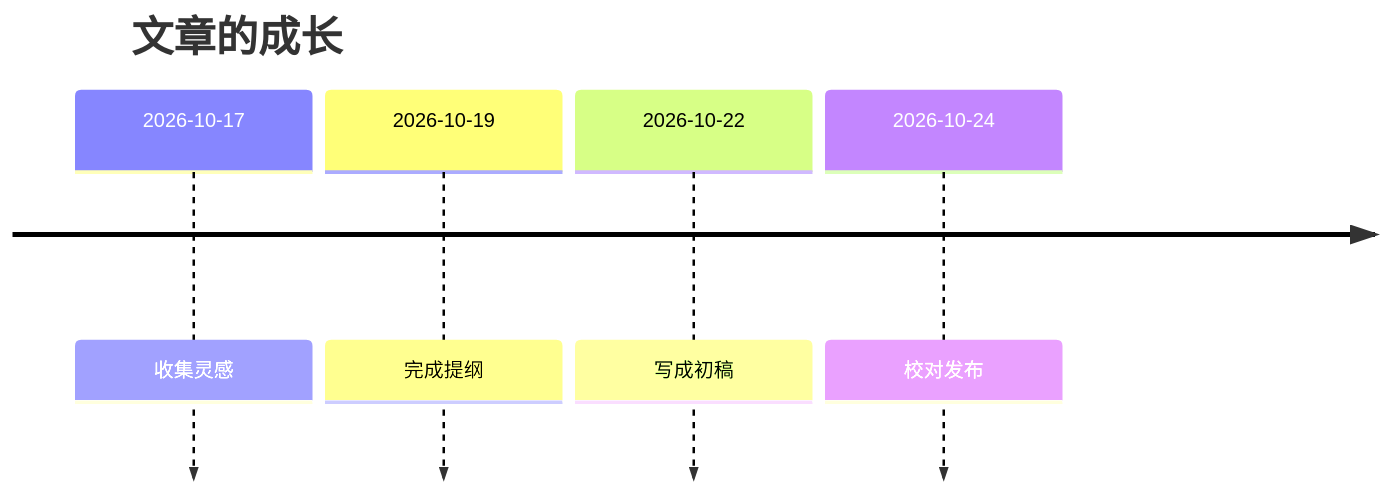
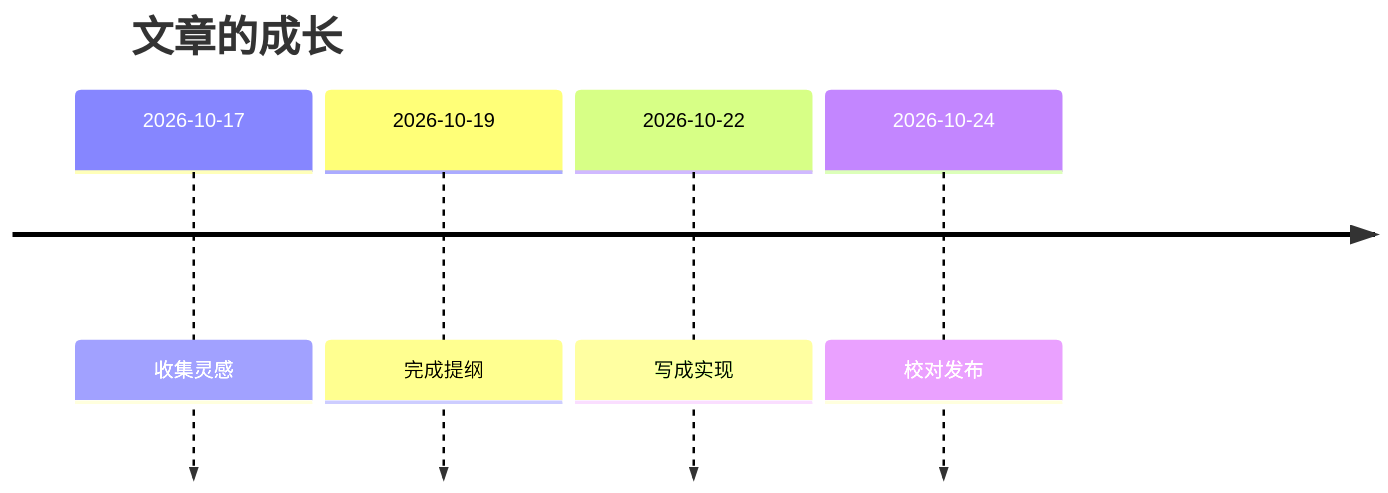
The sixth of 22 diagrams in docs/演示文档/Mermaid 图表图鉴.md (dotnet9/Vex), drawn with Mermaid before and after one commit. The commit also changed other lines of this file and 11 other files, not shown here.

````diff
--- a/docs/演示文档/Mermaid 图表图鉴.md
+++ b/docs/演示文档/Mermaid 图表图鉴.md
@@ -72,8 +80,8 @@
 ```mermaid
 timeline
   title 文章的成长
   2026-10-17 : 收集灵感
   2026-10-19 : 完成提纲
-  2026-10-22 : 写成初稿
+  2026-10-22 : 写成实现
   2026-10-24 : 校对发布
 ```
````
